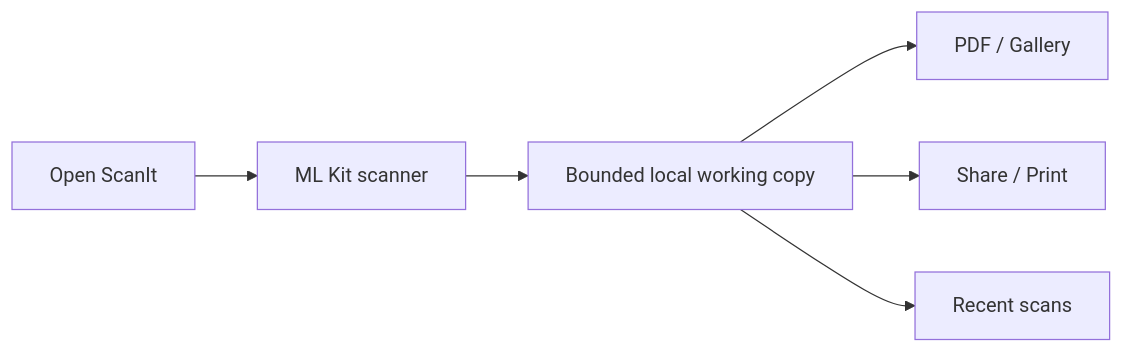
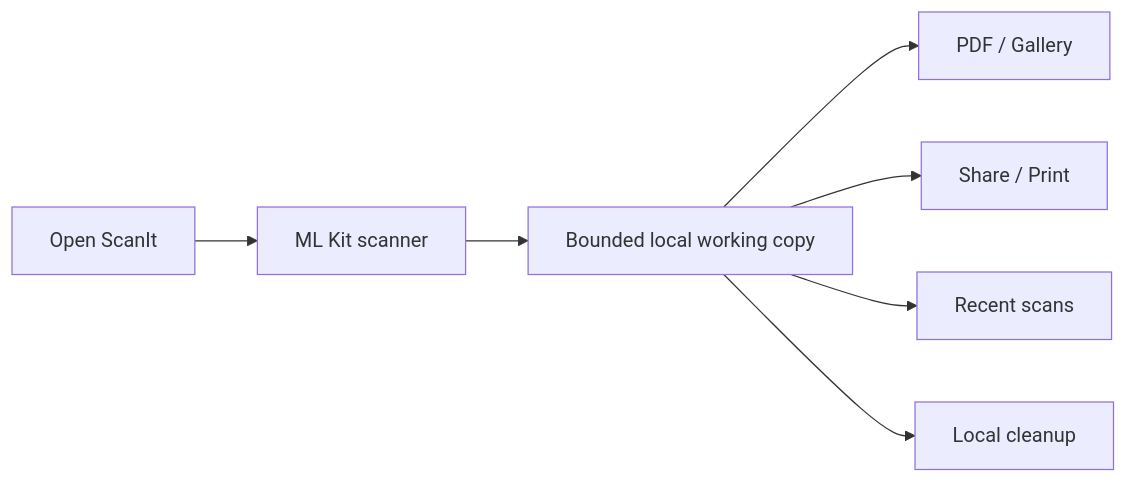
One commit to Majkey25/ScanIt changed the diagram in README.md. Above: the diagram before and after it, drawn with Mermaid. The commit also changed other lines of this file and 44 other files, not shown here.

First line of the commit message:
feat(release): add local cleanup tools

````diff
--- a/README.md
+++ b/README.md
@@ -126,8 +134,9 @@
 ```mermaid
 flowchart LR
     A["Open ScanIt"] --> B["ML Kit scanner"]
     B --> C["Bounded local working copy"]
     C --> D["PDF / Gallery"]
     C --> E["Share / Print"]
     C --> F["Recent scans"]
+    C --> G["Local cleanup"]
 ```
````
